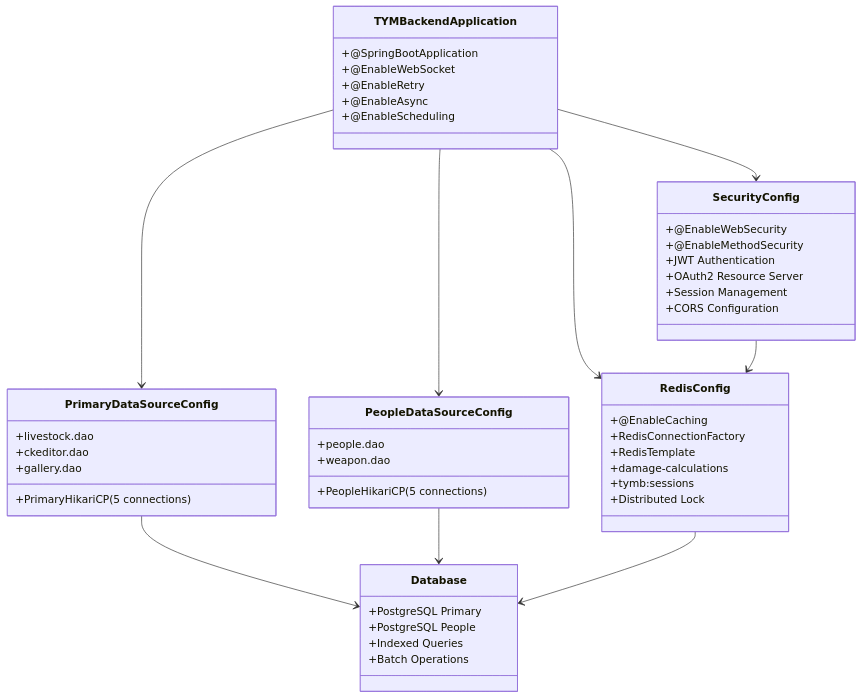
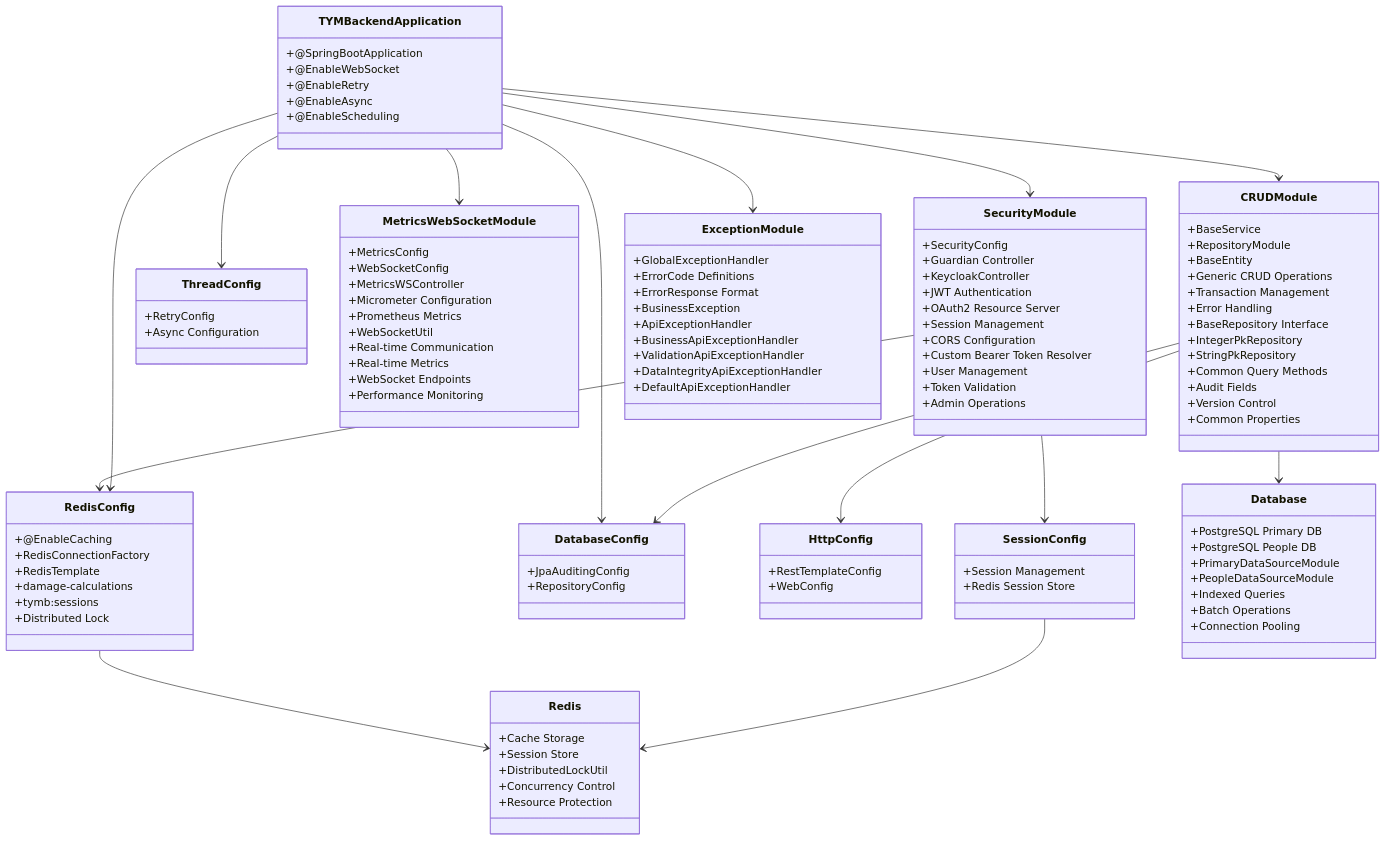
Before and after one commit to Vinskao/ty-multiverse-backend: the first of 13 diagrams in README.md, drawn with Mermaid.

Commit message:
info: 解說強化

````diff
--- a/README.md
+++ b/README.md
@@ -14,15 +14,22 @@
         +@EnableScheduling
     }
     
-    class SecurityConfig {
-        +@EnableWebSecurity
-        +@EnableMethodSecurity
+    %% Security & Authentication Module
+    class SecurityModule {
+        +SecurityConfig
+        +Guardian Controller
+        +KeycloakController
         +JWT Authentication
         +OAuth2 Resource Server
         +Session Management
         +CORS Configuration
+        +Custom Bearer Token Resolver
+        +User Management
+        +Token Validation
+        +Admin Operations
     }
     
+    %% Core Config Modules
     class RedisConfig {
         +@EnableCaching
         +RedisConnectionFactory
@@ -32,32 +39,118 @@
         +Distributed Lock
     }
     
-    class PrimaryDataSourceConfig {
-        +PrimaryHikariCP (5 connections)
-        +livestock.dao
-        +ckeditor.dao
-        +gallery.dao
+    class DatabaseConfig {
+        +JpaAuditingConfig
+        +RepositoryConfig
     }
     
-    class PeopleDataSourceConfig {
-        +PeopleHikariCP (5 connections)
-        +people.dao
-        +weapon.dao
+    class HttpConfig {
+        +RestTemplateConfig
+        +WebConfig
     }
     
+    class SessionConfig {
+        +Session Management
+        +Redis Session Store
+    }
+    
+    class ThreadConfig {
+        +RetryConfig
+        +Async Configuration
+    }
+    
+    %% Metrics & WebSocket Module
+    class MetricsWebSocketModule {
+        +MetricsConfig
+        +WebSocketConfig
+        +MetricsWSController
+        +Micrometer Configuration
+        +Prometheus Metrics
+        +WebSocketUtil
+        +Real-time Communication
+        +Real-time Metrics
+        +WebSocket Endpoints
+        +Performance Monitoring
+    }
+    
+
+    
+    %% CRUD Module
+    class CRUDModule {
+        +BaseService
+        +RepositoryModule
+        +BaseEntity
+        +Generic CRUD Operations
+        +Transaction Management
+        +Error Handling
+        +BaseRepository Interface
+        +IntegerPkRepository
+        +StringPkRepository
+        +Common Query Methods
+        +Audit Fields
+        +Version Control
+        +Common Properties
+    }
+    
+
+    
+    %% Core Exception Modules
+    class ExceptionModule {
+        +GlobalExceptionHandler
+        +ErrorCode Definitions
+        +ErrorResponse Format
+        +BusinessException
+        +ApiExceptionHandler
+        +BusinessApiExceptionHandler
+        +ValidationApiExceptionHandler
+        +DataIntegrityApiExceptionHandler
+        +DefaultApiExceptionHandler
+    }
+    
+
+    
+
+    
+
+    
+    %% External Systems
     class Database {
-        +PostgreSQL Primary
-        +PostgreSQL People
+        +PostgreSQL Primary DB
+        +PostgreSQL People DB
+        +PrimaryDataSourceModule
+        +PeopleDataSourceModule
         +Indexed Queries
         +Batch Operations
+        +Connection Pooling
     }
     
-    TYMBackendApplication --> SecurityConfig
+    class Redis {
+        +Cache Storage
+        +Session Store
+        +DistributedLockUtil
+        +Concurrency Control
+        +Resource Protection
+    }
+    
+    %% Core Application Layer (第一層 - 核心應用層)
+    TYMBackendApplication --> SecurityModule
+    TYMBackendApplication --> ExceptionModule
+    TYMBackendApplication --> CRUDModule
+    
+    %% Configuration Layer (第二層 - 配置層)
+    SecurityModule --> RedisConfig
+    SecurityModule --> SessionConfig
     TYMBackendApplication --> RedisConfig
-    TYMBackendApplication --> PrimaryDataSourceConfig
-    TYMBackendApplication --> PeopleDataSourceConfig
-    SecurityConfig --> RedisConfig
-    PrimaryDataSourceConfig --> Database
-    PeopleDataSourceConfig --> Database
-    RedisConfig --> Database
+    TYMBackendApplication --> DatabaseConfig
+    TYMBackendApplication --> ThreadConfig
+    TYMBackendApplication --> MetricsWebSocketModule
+    
+    %% CRUD & Database Layer (第二層 - CRUD與數據庫層)
+    CRUDModule --> HttpConfig
+    CRUDModule --> DatabaseConfig
+    
+    %% External Systems Layer (第三層 - 外部系統層)
+    RedisConfig --> Redis
+    SessionConfig --> Redis
+    CRUDModule --> Database
 ```
````
